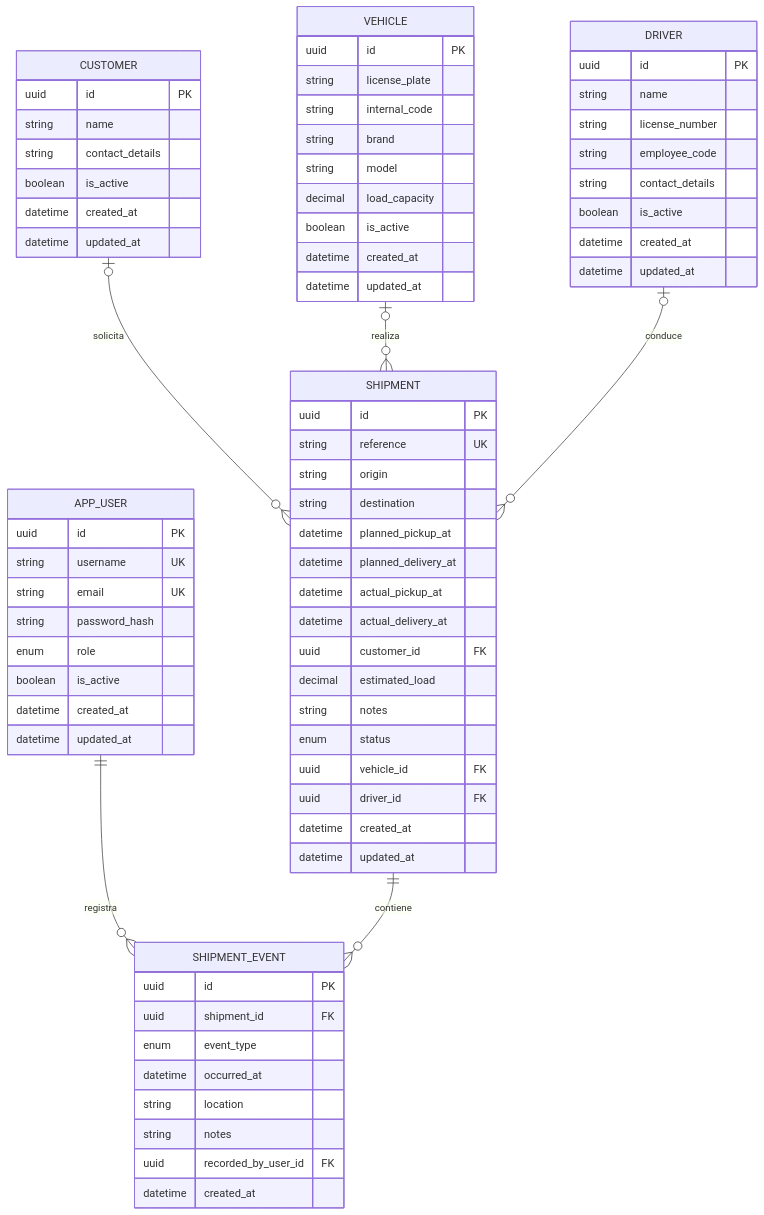
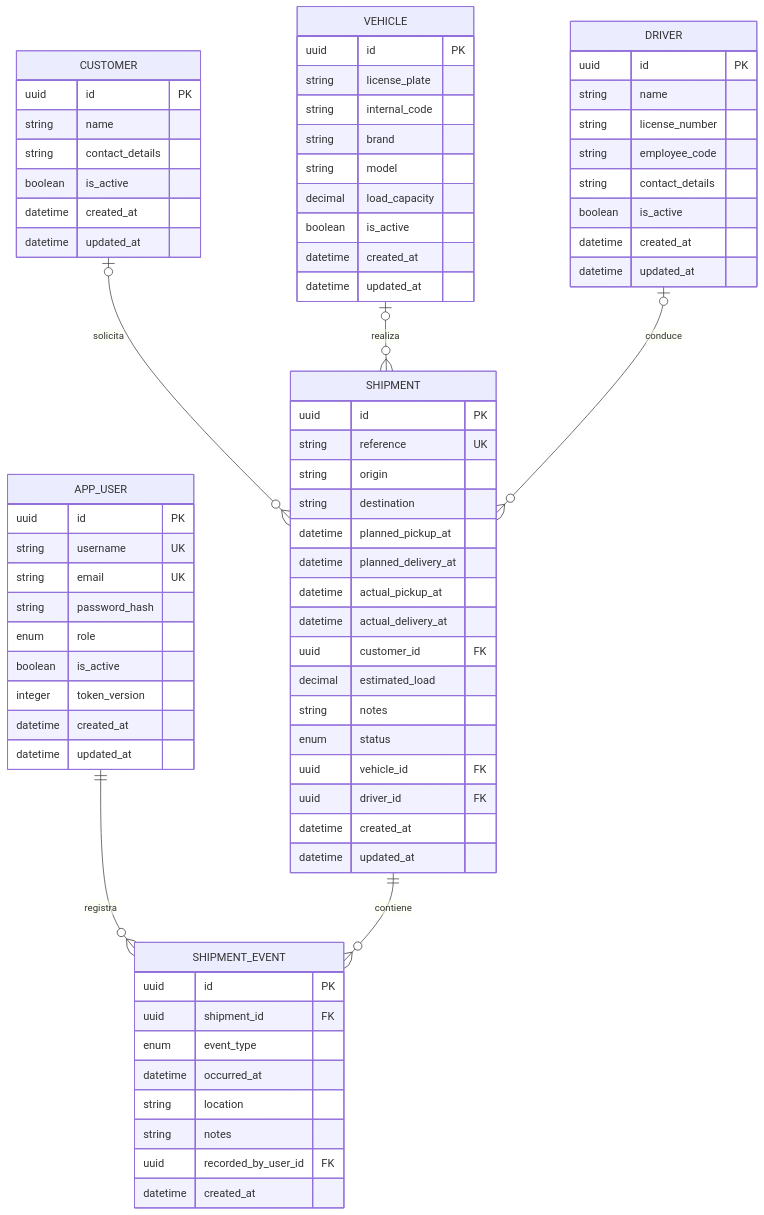
The diagram in docs/design/DataModel.md (pey-45/TransitOps), drawn with Mermaid before and after one commit. The commit also changed other lines of this file and 26 other files, not shown here.

````diff
--- a/docs/design/DataModel.md
+++ b/docs/design/DataModel.md
@@ -7,76 +7,77 @@
 ```mermaid
 erDiagram
     APP_USER ||--o{ SHIPMENT_EVENT : registra
     CUSTOMER o|--o{ SHIPMENT : solicita
     VEHICLE o|--o{ SHIPMENT : realiza
     DRIVER o|--o{ SHIPMENT : conduce
     SHIPMENT ||--o{ SHIPMENT_EVENT : contiene
 
     APP_USER {
       uuid id PK
       string username UK
       string email UK
       string password_hash
       enum role
       boolean is_active
+      integer token_version
       datetime created_at
       datetime updated_at
     }
     VEHICLE {
       uuid id PK
       string license_plate
       string internal_code
       string brand
       string model
       decimal load_capacity
       boolean is_active
       datetime created_at
       datetime updated_at
     }
     DRIVER {
       uuid id PK
       string name
       string license_number
       string employee_code
       string contact_details
       boolean is_active
       datetime created_at
       datetime updated_at
     }
     CUSTOMER {
       uuid id PK
       string name
       string contact_details
       boolean is_active
       datetime created_at
       datetime updated_at
     }
     SHIPMENT {
       uuid id PK
       string reference UK
       string origin
       string destination
       datetime planned_pickup_at
       datetime planned_delivery_at
       datetime actual_pickup_at
       datetime actual_delivery_at
       uuid customer_id FK
       decimal estimated_load
       string notes
       enum status
       uuid vehicle_id FK
       uuid driver_id FK
       datetime created_at
       datetime updated_at
     }
     SHIPMENT_EVENT {
       uuid id PK
       uuid shipment_id FK
       enum event_type
       datetime occurred_at
       string location
       string notes
       uuid recorded_by_user_id FK
       datetime created_at
     }
 ```
````
